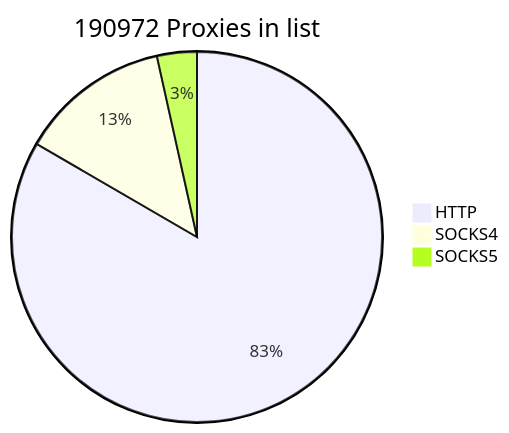
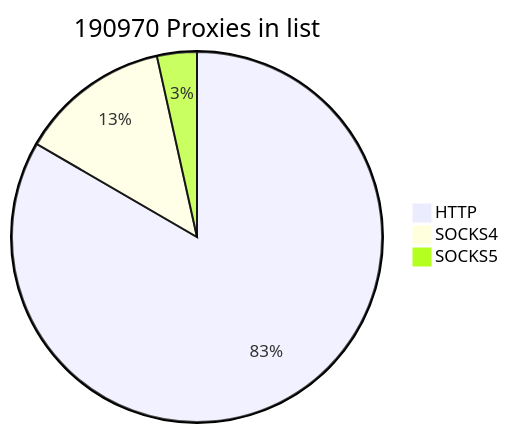
One commit to cutipu/proxylist changed the first of 2 diagrams in README.md. Above: the diagram before and after it, drawn with Mermaid. The commit also changed other lines of this file, not shown here.

````diff
--- a/README.md
+++ b/README.md
@@ -2,7 +2,7 @@
 ```mermaid
-pie title 190972 Proxies in list
+pie title 190970 Proxies in list
     "HTTP" : 159210
-    "SOCKS4" : 25125
-    "SOCKS5" : 6637
+    "SOCKS4" : 25127
+    "SOCKS5" : 6633
             
 ```
````
